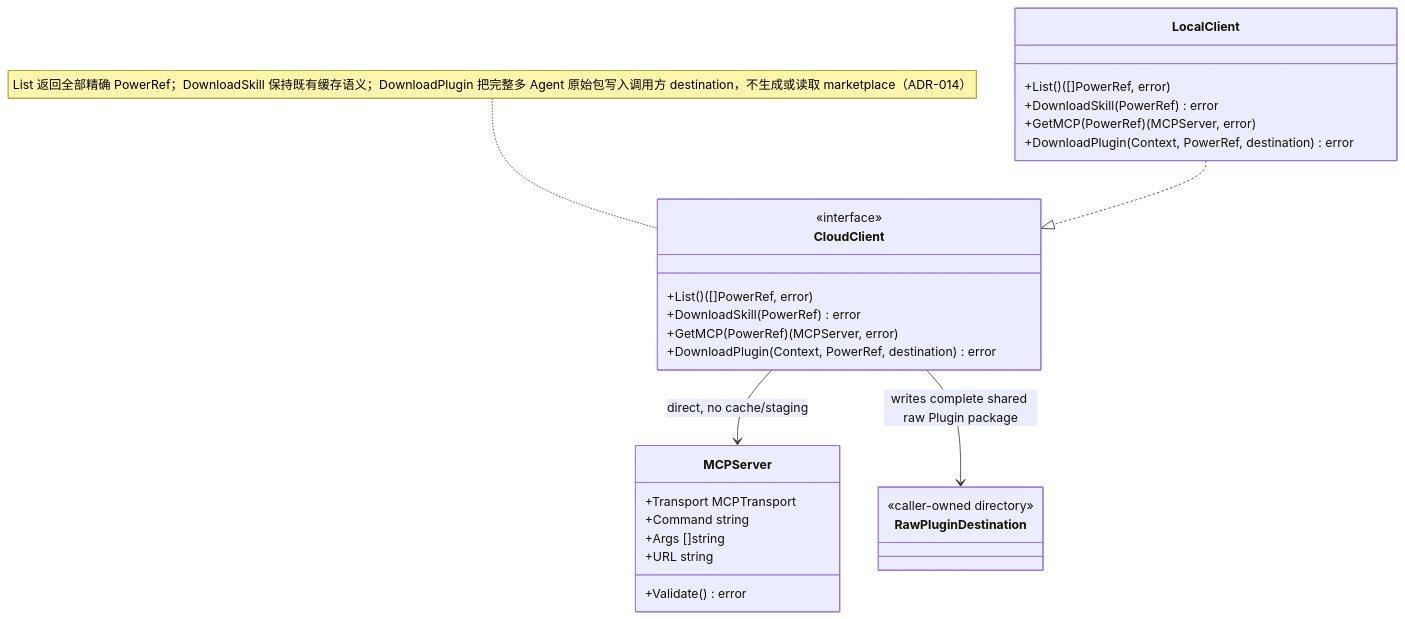
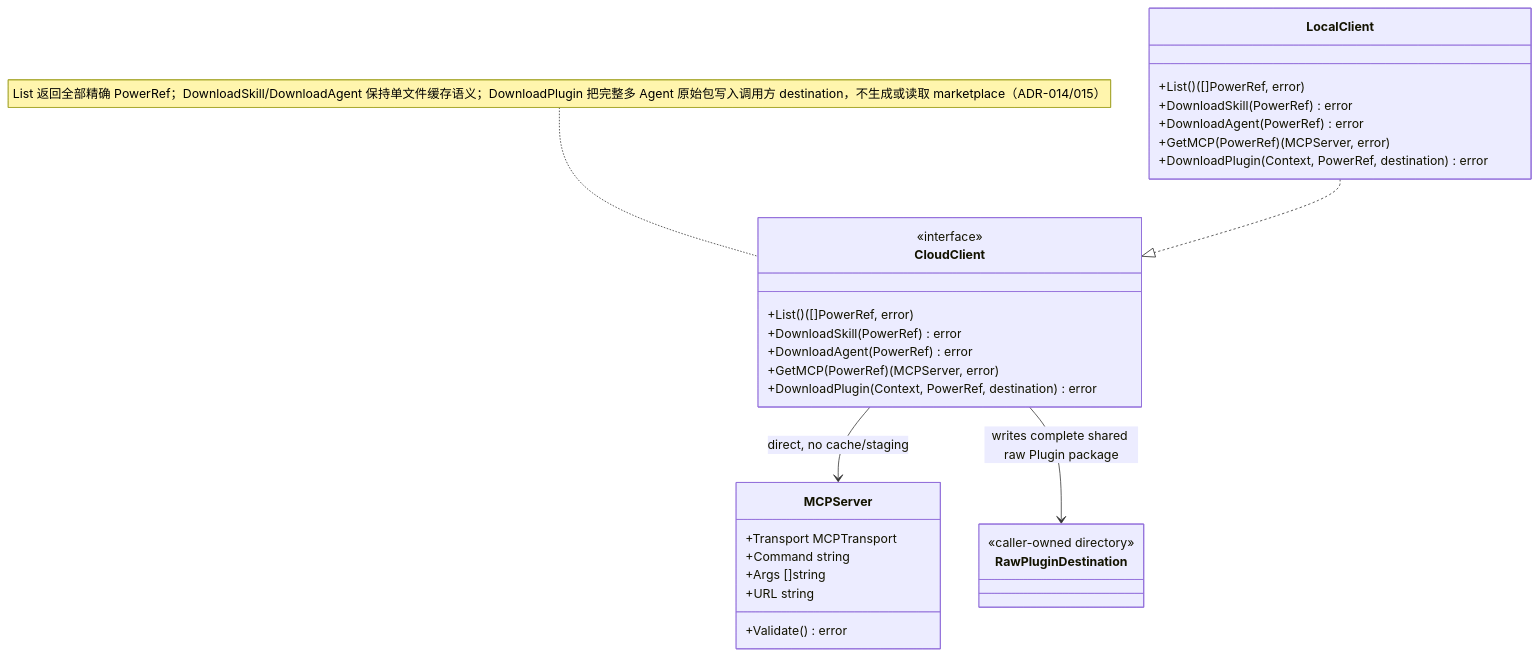
One commit to spacemit-com/agent-power-manager changed the diagram in ivory-tower/c4/components/apm-cli-diagrams/cloud-client.mmd. Above: the diagram before and after it, drawn with Mermaid. The commit also changed 6 other files, not shown here.

Commit message:
docs(agent): document agent power across build and overview

```diff
--- a/ivory-tower/c4/components/apm-cli-diagrams/cloud-client.mmd
+++ b/ivory-tower/c4/components/apm-cli-diagrams/cloud-client.mmd
@@ -1,28 +1,30 @@
 classDiagram
-    note for CloudClient "List 返回全部精确 PowerRef；DownloadSkill 保持既有缓存语义；DownloadPlugin 把完整多 Agent 原始包写入调用方 destination，不生成或读取 marketplace（ADR-014）"
+    note for CloudClient "List 返回全部精确 PowerRef；DownloadSkill/DownloadAgent 保持单文件缓存语义；DownloadPlugin 把完整多 Agent 原始包写入调用方 destination，不生成或读取 marketplace（ADR-014/015）"
     class CloudClient {
         <<interface>>
         +List() ([]PowerRef, error)
         +DownloadSkill(PowerRef) error
+        +DownloadAgent(PowerRef) error
         +GetMCP(PowerRef) (MCPServer, error)
         +DownloadPlugin(Context, PowerRef, destination) error
     }
     class MCPServer {
         +Transport MCPTransport
         +Command string
         +Args []string
         +URL string
         +Validate() error
     }
     class LocalClient {
         +List() ([]PowerRef, error)
         +DownloadSkill(PowerRef) error
+        +DownloadAgent(PowerRef) error
         +GetMCP(PowerRef) (MCPServer, error)
         +DownloadPlugin(Context, PowerRef, destination) error
     }
     LocalClient ..|> CloudClient
     CloudClient --> MCPServer : direct, no cache/staging
     class RawPluginDestination {
         <<caller-owned directory>>
     }
     CloudClient --> RawPluginDestination : writes complete shared raw Plugin package
```
